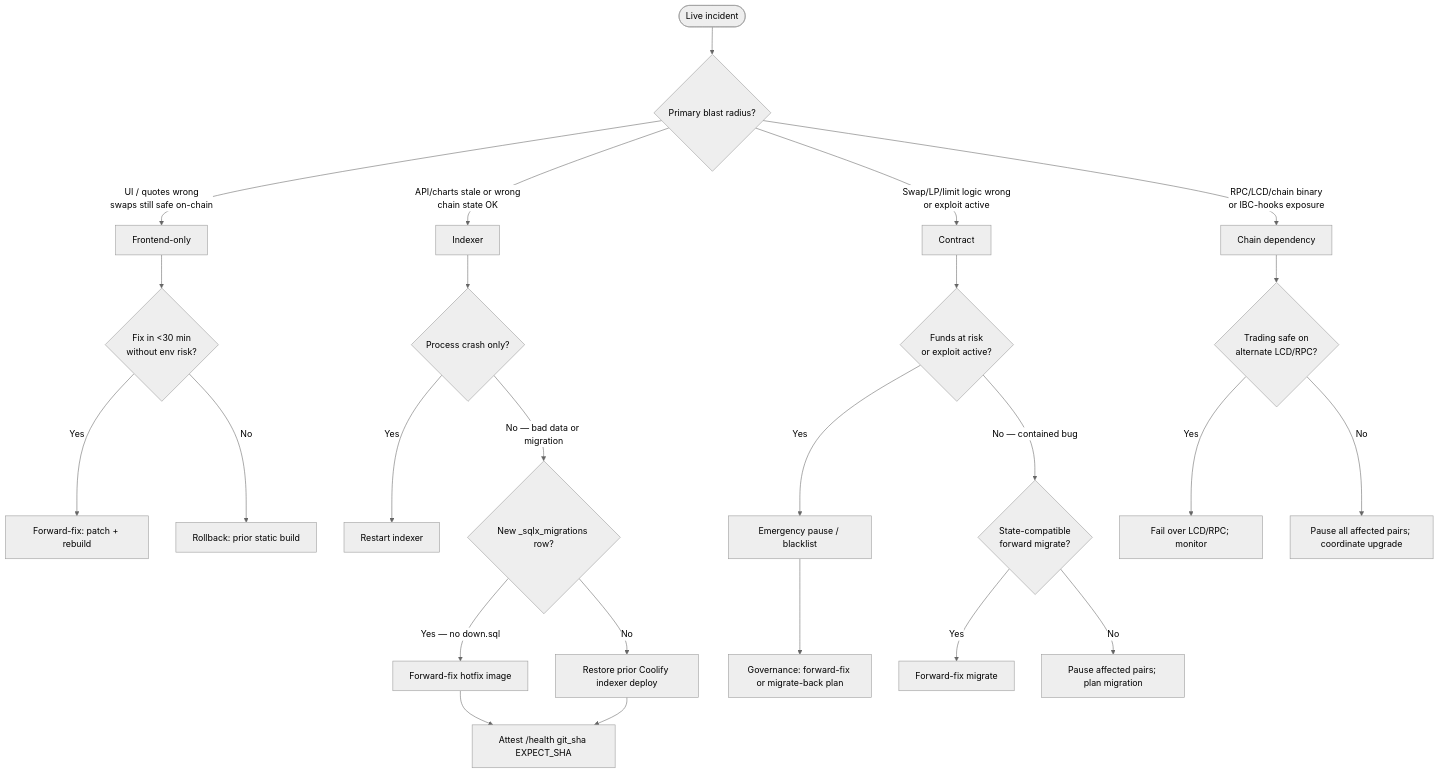
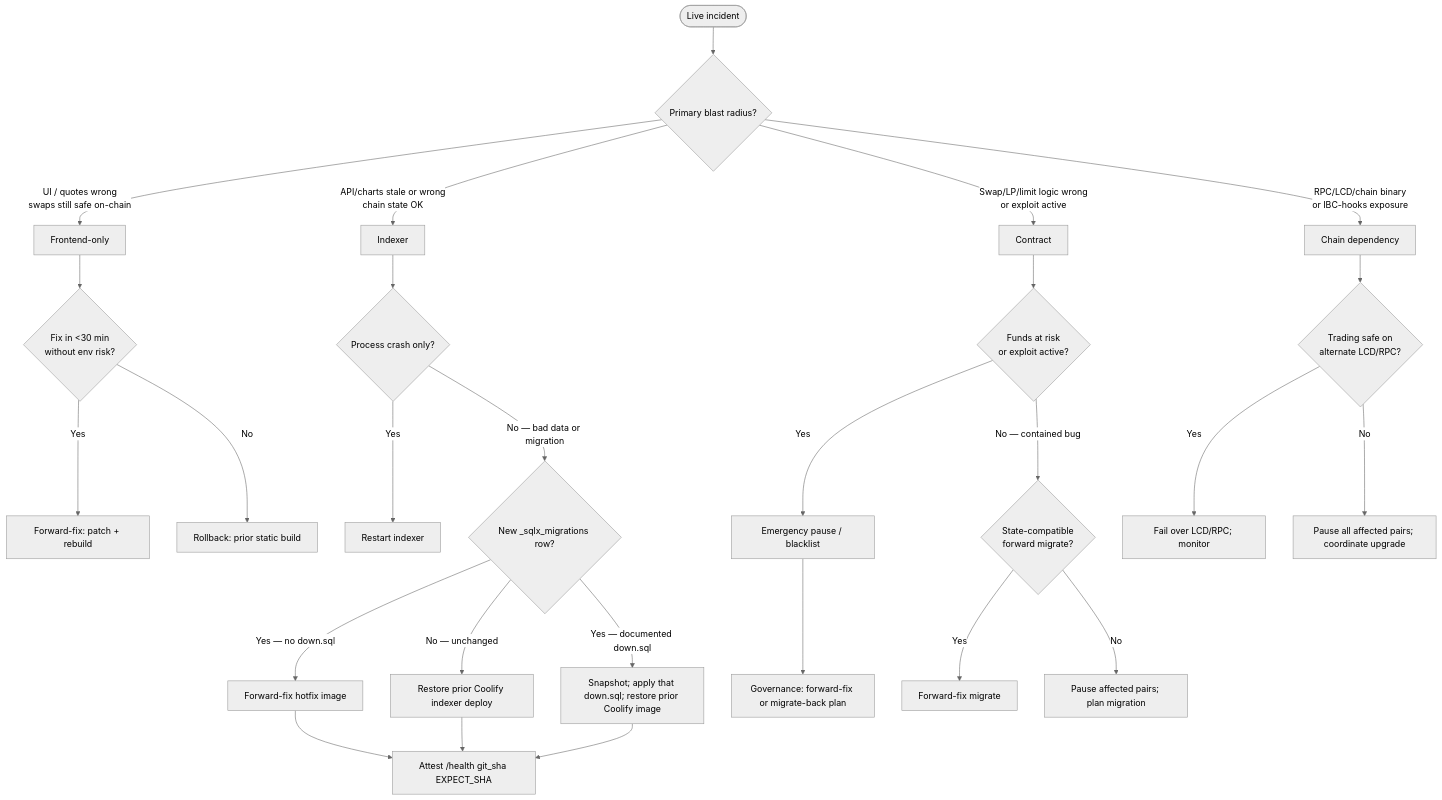
The diagram in docs/runbooks/rollback-decision.md (PlasticDigits/cl8y-dex-terraclassic), drawn with Mermaid (neutral theme) before and after one commit. The commit also changed other lines of this file and 7 other files, not shown here.

````diff
--- a/docs/runbooks/rollback-decision.md
+++ b/docs/runbooks/rollback-decision.md
@@ -22,27 +22,29 @@
 ```mermaid
 flowchart TD
   start([Live incident]) --> classify{Primary blast radius?}
   classify -->|UI / quotes wrong<br/>swaps still safe on-chain| fe[Frontend-only]
   classify -->|API/charts stale or wrong<br/>chain state OK| idx[Indexer]
   classify -->|Swap/LP/limit logic wrong<br/>or exploit active| ctr[Contract]
   classify -->|RPC/LCD/chain binary<br/>or IBC-hooks exposure| chain[Chain dependency]
   fe --> fe_dec{Fix in &lt;30 min<br/>without env risk?}
   fe_dec -->|Yes| fe_hot[Forward-fix: patch + rebuild]
   fe_dec -->|No| fe_roll[Rollback: prior static build]
   idx --> idx_dec{Process crash only?}
   idx_dec -->|Yes| idx_restart[Restart indexer]
   idx_dec -->|No — bad data or migration| idx_schema{New _sqlx_migrations row?}
+  idx_schema -->|No — unchanged| idx_cool[Restore prior Coolify indexer deploy]
   idx_schema -->|Yes — no down.sql| idx_fwd[Forward-fix hotfix image]
-  idx_schema -->|No| idx_cool[Restore prior Coolify indexer deploy]
+  idx_schema -->|Yes — documented down.sql| idx_down[Snapshot; apply that down.sql; restore prior Coolify image]
   idx_fwd --> idx_attest[Attest /health git_sha EXPECT_SHA]
   idx_cool --> idx_attest
+  idx_down --> idx_attest
   ctr --> ctr_risk{Funds at risk<br/>or exploit active?}
   ctr_risk -->|Yes| ctr_pause[Emergency pause / blacklist]
   ctr_risk -->|No — contained bug| ctr_fix{State-compatible<br/>forward migrate?}
   ctr_pause --> ctr_plan[Governance: forward-fix or migrate-back plan]
   ctr_fix -->|Yes| ctr_migrate[Forward-fix migrate]
   ctr_fix -->|No| ctr_wait[Pause affected pairs; plan migration]
   chain --> chain_dec{Trading safe on<br/>alternate LCD/RPC?}
   chain_dec -->|Yes| chain_lcd[Fail over LCD/RPC; monitor]
   chain_dec -->|No| chain_pause[Pause all affected pairs; coordinate upgrade]
 ```
````
